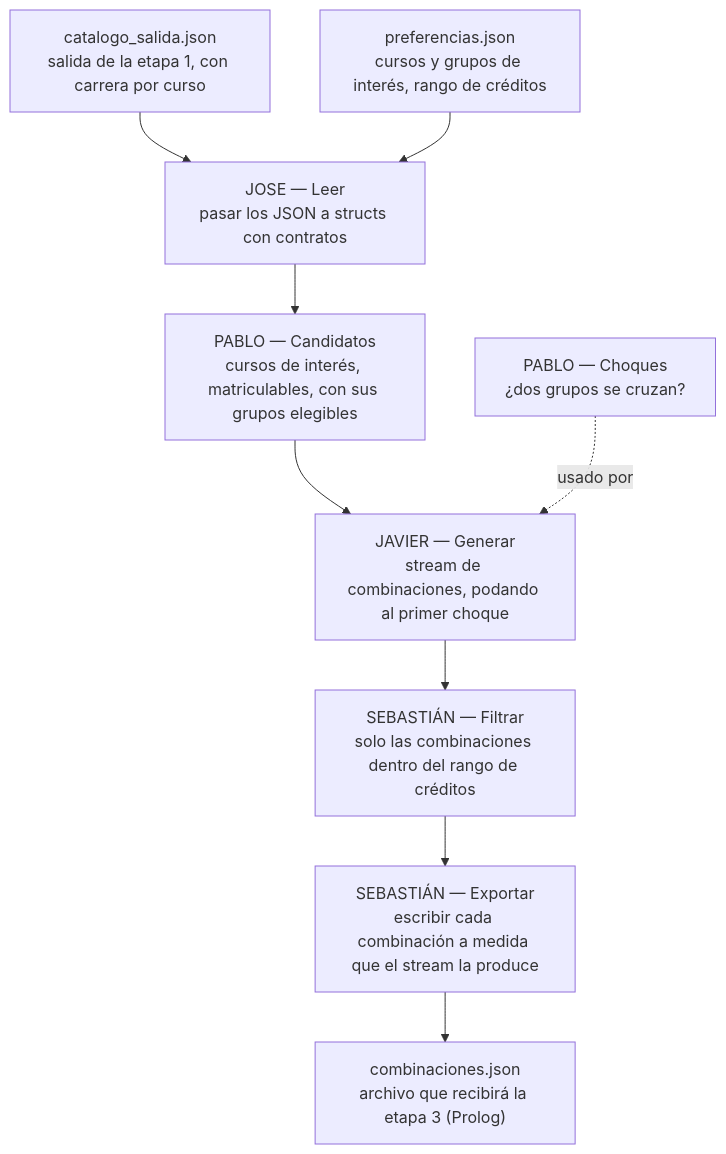
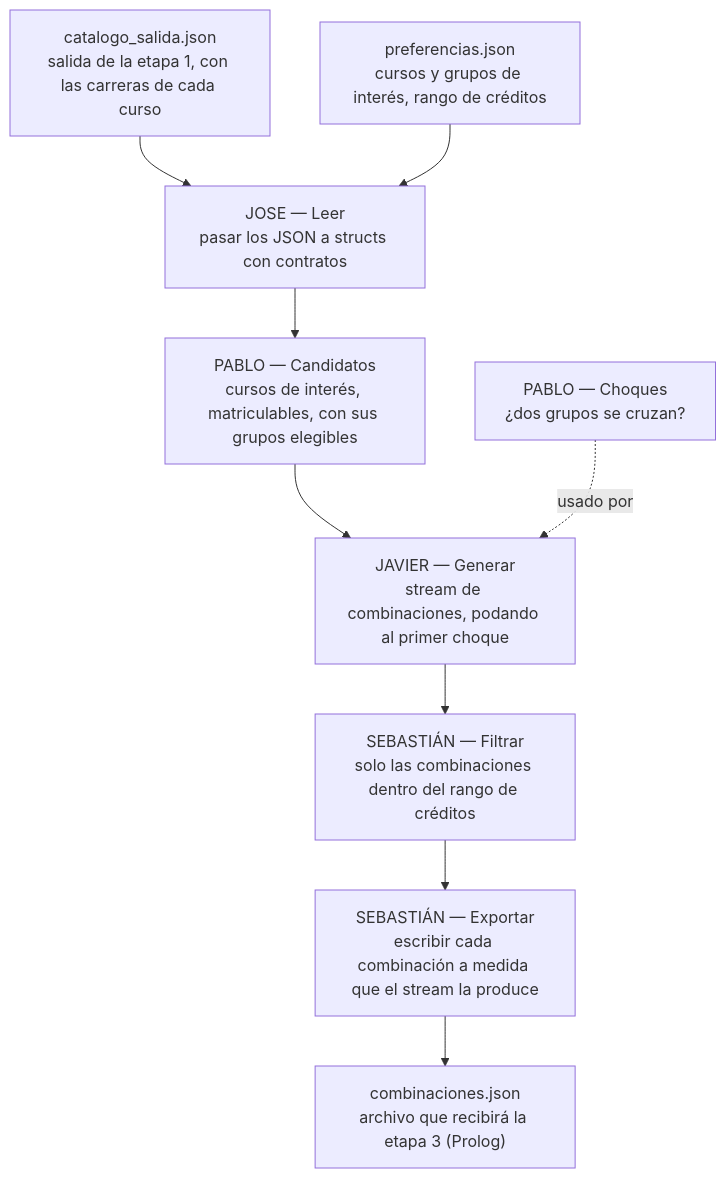
The diagram in etapa2-racket/README.md (Josumveg/ConstructorHorarios), drawn with Mermaid before and after one commit. The commit also changed other lines of this file and 4 other files, not shown here.

````diff
--- a/etapa2-racket/README.md
+++ b/etapa2-racket/README.md
@@ -65,12 +62,12 @@
 ```mermaid
 flowchart TD
-    A["catalogo_salida.json<br/>salida de la etapa 1, con carrera por curso"] --> C
+    A["catalogo_salida.json<br/>salida de la etapa 1, con las carreras de cada curso"] --> C
     B["preferencias.json<br/>cursos y grupos de interés, rango de créditos"] --> C
     C["JOSE — Leer<br/>pasar los JSON a structs con contratos"] --> D
     D["PABLO — Candidatos<br/>cursos de interés, matriculables, con sus grupos elegibles"] --> E
     E["JAVIER — Generar<br/>stream de combinaciones, podando al primer choque"] --> F
     F["SEBASTIÁN — Filtrar<br/>solo las combinaciones dentro del rango de créditos"] --> G
     G["SEBASTIÁN — Exportar<br/>escribir cada combinación a medida que el stream la produce"] --> H
     H["combinaciones.json<br/>archivo que recibirá la etapa 3 (Prolog)"]
     P["PABLO — Choques<br/>¿dos grupos se cruzan?"] -.usado por.-> E
 ```
````
